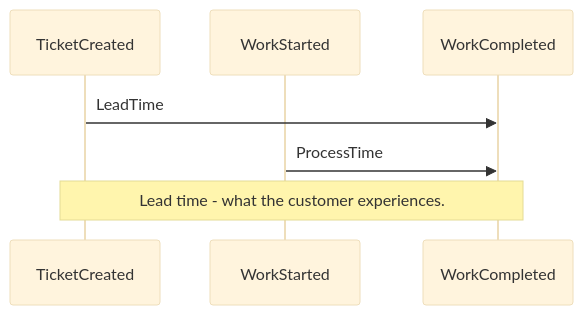
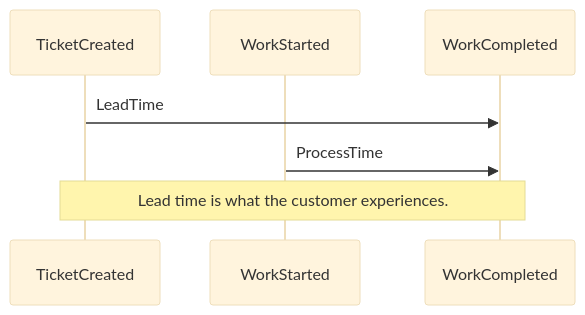
One commit to wayofthepie/notes changed the second of 2 diagrams in books/the_devops_handbook.md. Above: the diagram before and after it, drawn with Mermaid (base theme).

Commit message:
update lead time note

````diff
--- a/books/the_devops_handbook.md
+++ b/books/the_devops_handbook.md
@@ -20,10 +20,10 @@
 ```mermaid
 %%{init: { 'sequence': {'messageAlign': 'left'} }}%%
 sequenceDiagram
     participant TicketCreated
     participant WorkStarted
     participant WorkCompleted
     TicketCreated->>WorkCompleted: LeadTime
     WorkStarted->>WorkCompleted: ProcessTime
-    Note over TicketCreated,WorkCompleted: Lead time - what the customer experiences.
+    Note over TicketCreated,WorkCompleted: Lead time is what the customer experiences.
 ```
````
